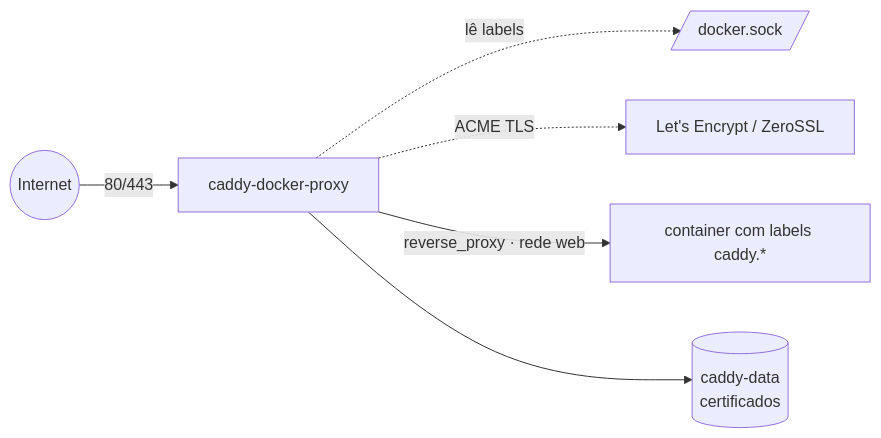
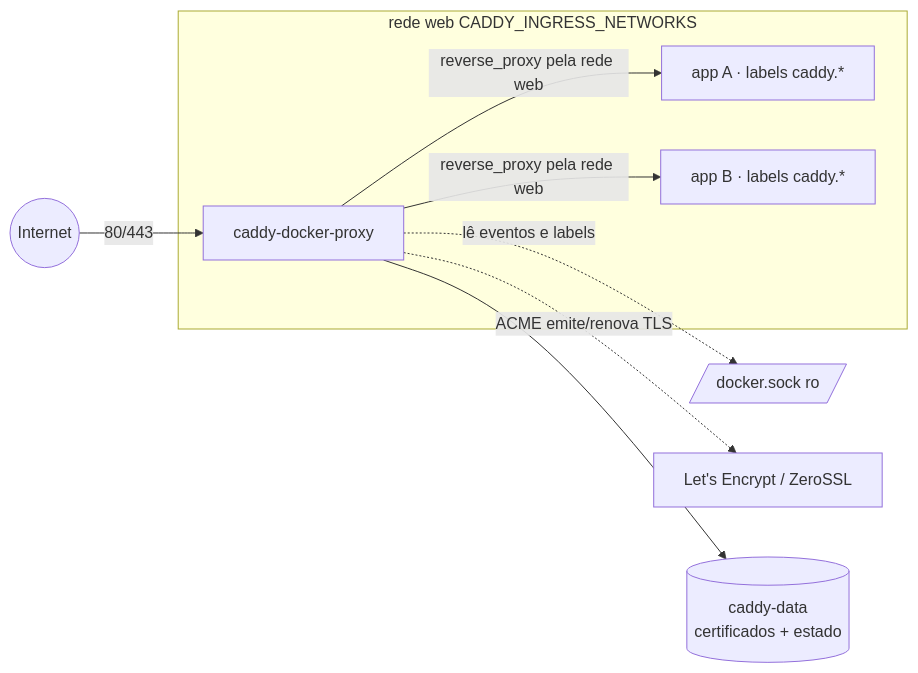
Before and after one commit to marcelofmatos/portainer-stacks: the first of 2 diagrams in caddy/README.md, drawn with Mermaid. The commit also changed other lines of this file, not shown here.

Commit message:
caddy: README completo (como funciona, arquitetura+fluxo, labels, tradução Traefik, referências)

````diff
--- a/caddy/README.md
+++ b/caddy/README.md
@@ -19,8 +48,14 @@
 ```mermaid
 flowchart LR
     internet((Internet)) -->|80/443| caddy[caddy-docker-proxy]
-    caddy -.->|lê labels| sock[/docker.sock/]
-    caddy -.->|ACME TLS| acme[Let's Encrypt / ZeroSSL]
-    caddy -->|reverse_proxy · rede web| app[container com labels caddy.*]
-    caddy --> certs[(caddy-data<br/>certificados)]
+    caddy -.->|lê eventos e labels| sock[/docker.sock ro/]
+    caddy -.->|ACME emite/renova TLS| acme["Let's Encrypt / ZeroSSL"]
+    caddy -->|reverse_proxy pela rede web| app1["app A · labels caddy.*"]
+    caddy -->|reverse_proxy pela rede web| app2["app B · labels caddy.*"]
+    caddy --> certs[(caddy-data<br/>certificados + estado)]
+    subgraph web[rede web CADDY_INGRESS_NETWORKS]
+      caddy
+      app1
+      app2
+    end
 ```
````
